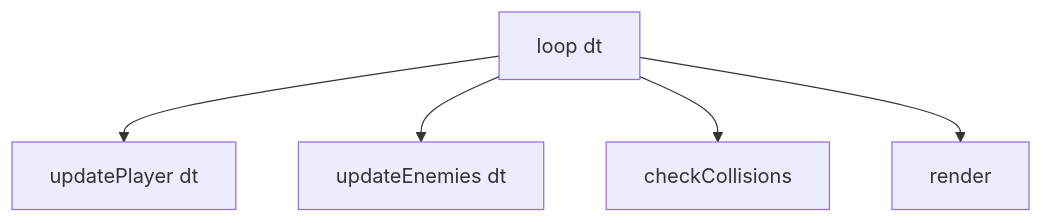
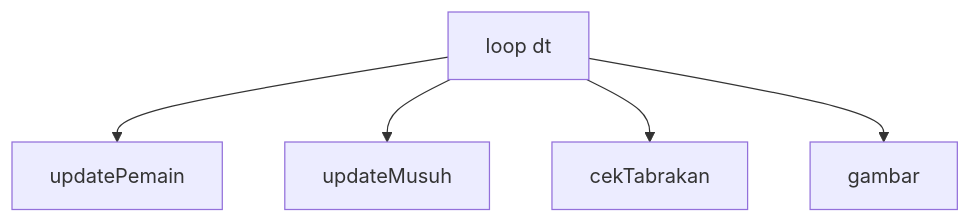
The diagram in course/03-programming/02-functions.md (yafito11/game-design-tutorial), drawn with Mermaid before and after one commit. The commit also changed other lines of this file and 3 other files, not shown here.

````diff
--- a/course/03-programming/02-functions.md
+++ b/course/03-programming/02-functions.md
@@ -33,7 +33,7 @@
 ```mermaid
 flowchart TD
-    L[loop dt] --> P[updatePlayer dt]
-    L --> E[updateEnemies dt]
-    L --> C[checkCollisions]
-    L --> R[render]
+    L[loop dt] --> P[updatePemain]
+    L --> M[updateMusuh]
+    L --> T[cekTabrakan]
+    L --> G[gambar]
 ```
````
